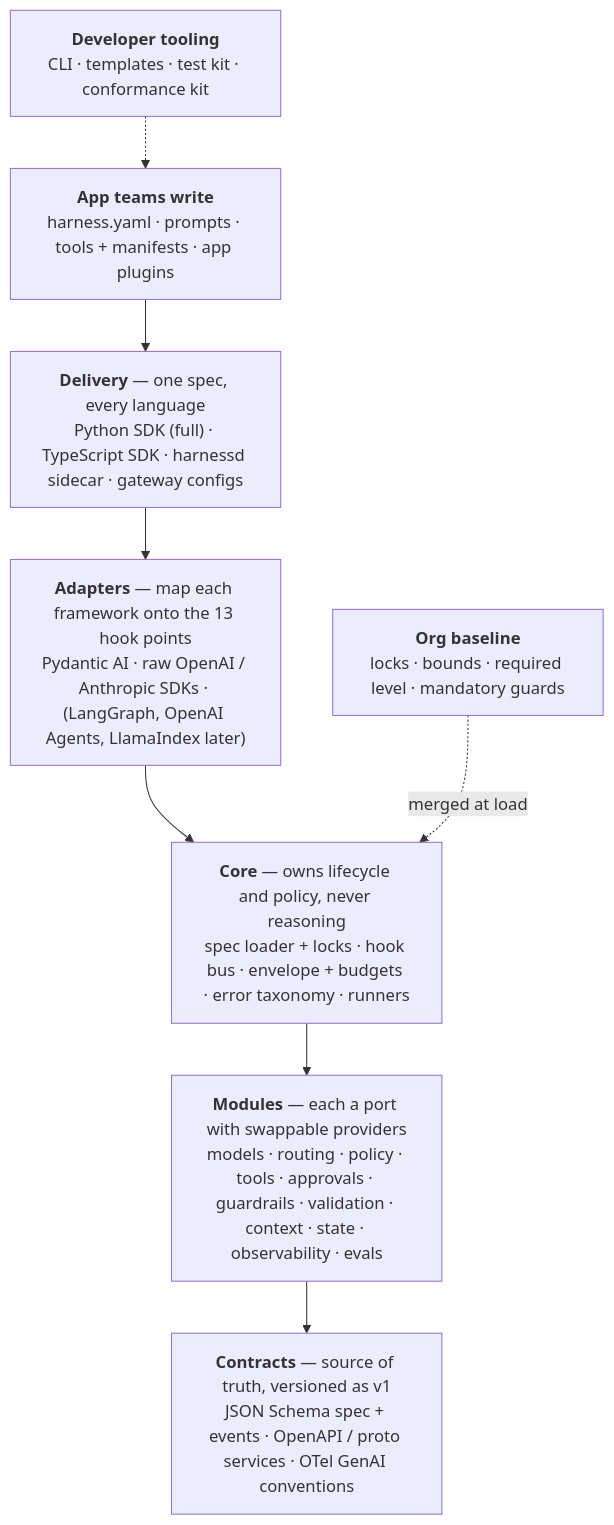
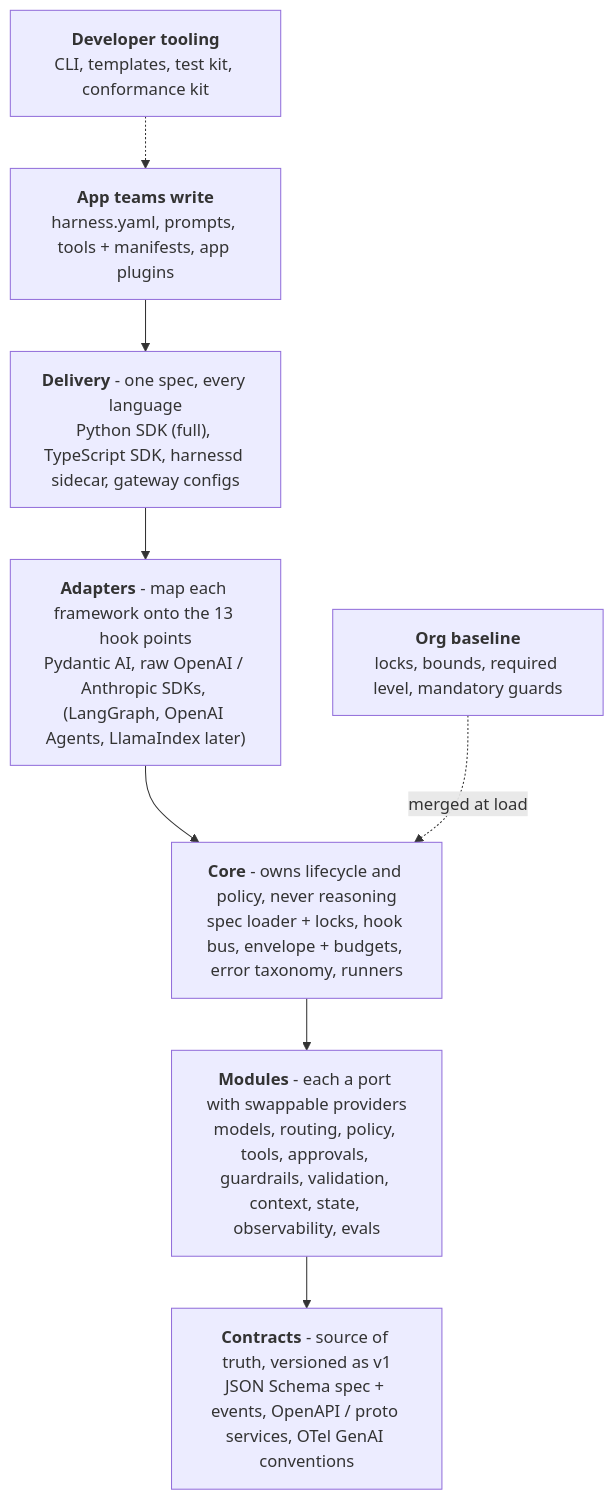
One commit to Nish459/HarnessWeaver changed the second of 14 diagrams in DESIGNS.md. Above: the diagram before and after it, drawn with Mermaid. The commit also changed other lines of this file and 75 other files, not shown here.

First line of the commit message:
feat(core): add contracts, cel-lite and conformance fixtures

````diff
--- a/DESIGNS.md
+++ b/DESIGNS.md
@@ -139,12 +139,12 @@
 ```mermaid
 flowchart TB
-    A["<b>App teams write</b><br/>harness.yaml · prompts · tools + manifests · app plugins"]
-    D["<b>Delivery</b> — one spec, every language<br/>Python SDK (full) · TypeScript SDK · harnessd sidecar · gateway configs"]
-    AD["<b>Adapters</b> — map each framework onto the 13 hook points<br/>Pydantic AI · raw OpenAI / Anthropic SDKs · (LangGraph, OpenAI Agents, LlamaIndex later)"]
-    C["<b>Core</b> — owns lifecycle and policy, never reasoning<br/>spec loader + locks · hook bus · envelope + budgets · error taxonomy · runners"]
-    M["<b>Modules</b> — each a port with swappable providers<br/>models · routing · policy · tools · approvals · guardrails · validation · context · state · observability · evals"]
-    K["<b>Contracts</b> — source of truth, versioned as v1<br/>JSON Schema spec + events · OpenAPI / proto services · OTel GenAI conventions"]
+    A["<b>App teams write</b><br/>harness.yaml, prompts, tools + manifests, app plugins"]
+    D["<b>Delivery</b> - one spec, every language<br/>Python SDK (full), TypeScript SDK, harnessd sidecar, gateway configs"]
+    AD["<b>Adapters</b> - map each framework onto the 13 hook points<br/>Pydantic AI, raw OpenAI / Anthropic SDKs, (LangGraph, OpenAI Agents, LlamaIndex later)"]
+    C["<b>Core</b> - owns lifecycle and policy, never reasoning<br/>spec loader + locks, hook bus, envelope + budgets, error taxonomy, runners"]
+    M["<b>Modules</b> - each a port with swappable providers<br/>models, routing, policy, tools, approvals, guardrails, validation, context, state, observability, evals"]
+    K["<b>Contracts</b> - source of truth, versioned as v1<br/>JSON Schema spec + events, OpenAPI / proto services, OTel GenAI conventions"]
     A --> D --> AD --> C --> M --> K
-    BL["<b>Org baseline</b><br/>locks · bounds · required level · mandatory guards"] -. merged at load .-> C
-    TL["<b>Developer tooling</b><br/>CLI · templates · test kit · conformance kit"] -.-> A
+    BL["<b>Org baseline</b><br/>locks, bounds, required level, mandatory guards"] -. merged at load .-> C
+    TL["<b>Developer tooling</b><br/>CLI, templates, test kit, conformance kit"] -.-> A
 ```
````
